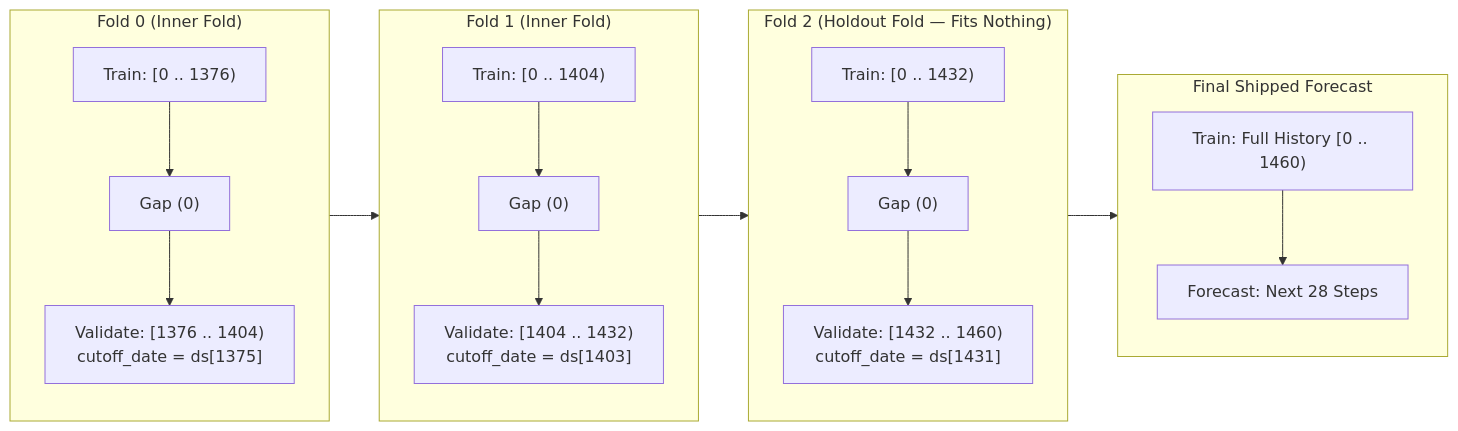
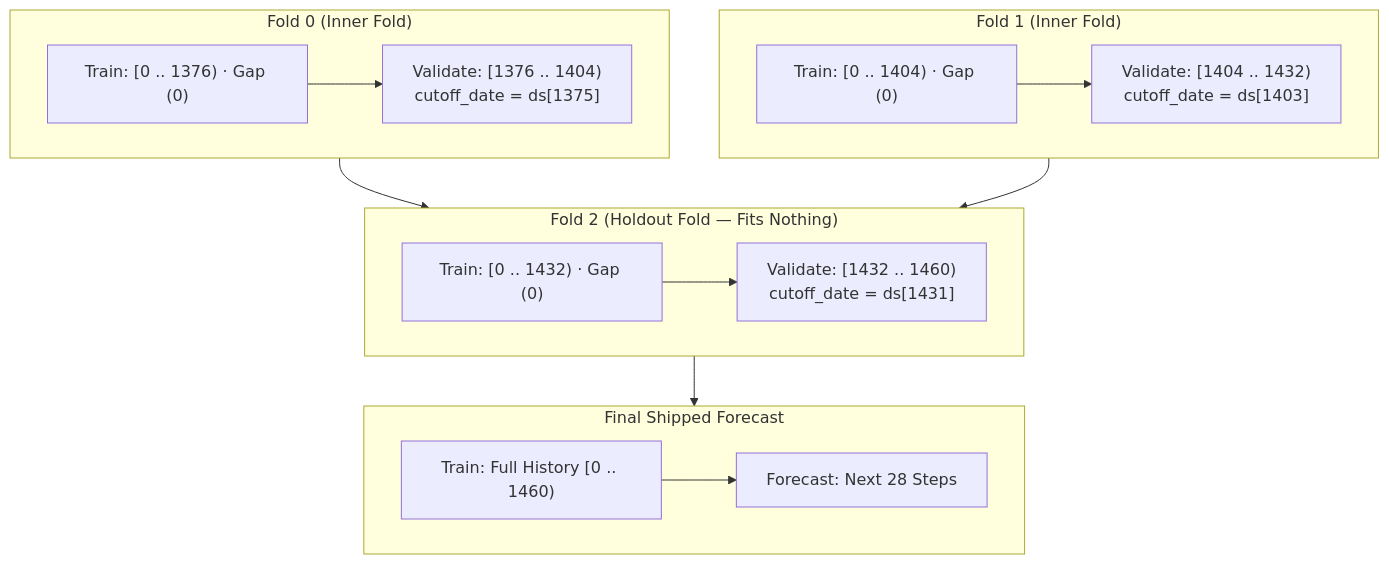
The diagram in docs/backtesting.md (statmike/scale-forecasting), drawn with Mermaid before and after one commit. The commit also changed 16 other files, not shown here.

Commit message:
docs: expand temporal reconciliation reference, fix GitHub MathJax & Mermaid aspect ratios, and add pre-commit tripwires

````diff
--- a/docs/backtesting.md
+++ b/docs/backtesting.md
@@ -96,16 +96,16 @@
 ```mermaid
-flowchart LR
+flowchart TD
     subgraph F0["Fold 0 (Inner Fold)"]
-        T0["Train: [0 .. 1376)"] --> G0["Gap (0)"] --> V0["Validate: [1376 .. 1404)<br/>cutoff_date = ds[1375]"]
+        T0["Train: [0 .. 1376) · Gap (0)"] --> V0["Validate: [1376 .. 1404)<br/>cutoff_date = ds[1375]"]
     end
     subgraph F1["Fold 1 (Inner Fold)"]
-        T1["Train: [0 .. 1404)"] --> G1["Gap (0)"] --> V1["Validate: [1404 .. 1432)<br/>cutoff_date = ds[1403]"]
+        T1["Train: [0 .. 1404) · Gap (0)"] --> V1["Validate: [1404 .. 1432)<br/>cutoff_date = ds[1403]"]
     end
     subgraph F2["Fold 2 (Holdout Fold — Fits Nothing)"]
-        T2["Train: [0 .. 1432)"] --> G2["Gap (0)"] --> V2["Validate: [1432 .. 1460)<br/>cutoff_date = ds[1431]"]
+        T2["Train: [0 .. 1432) · Gap (0)"] --> V2["Validate: [1432 .. 1460)<br/>cutoff_date = ds[1431]"]
     end
     subgraph Ship["Final Shipped Forecast"]
         TS["Train: Full History [0 .. 1460)"] --> VS["Forecast: Next 28 Steps"]
     end
-    F0 --> F1 --> F2 --> Ship
+    F0 & F1 --> F2 --> Ship
 ```
````
